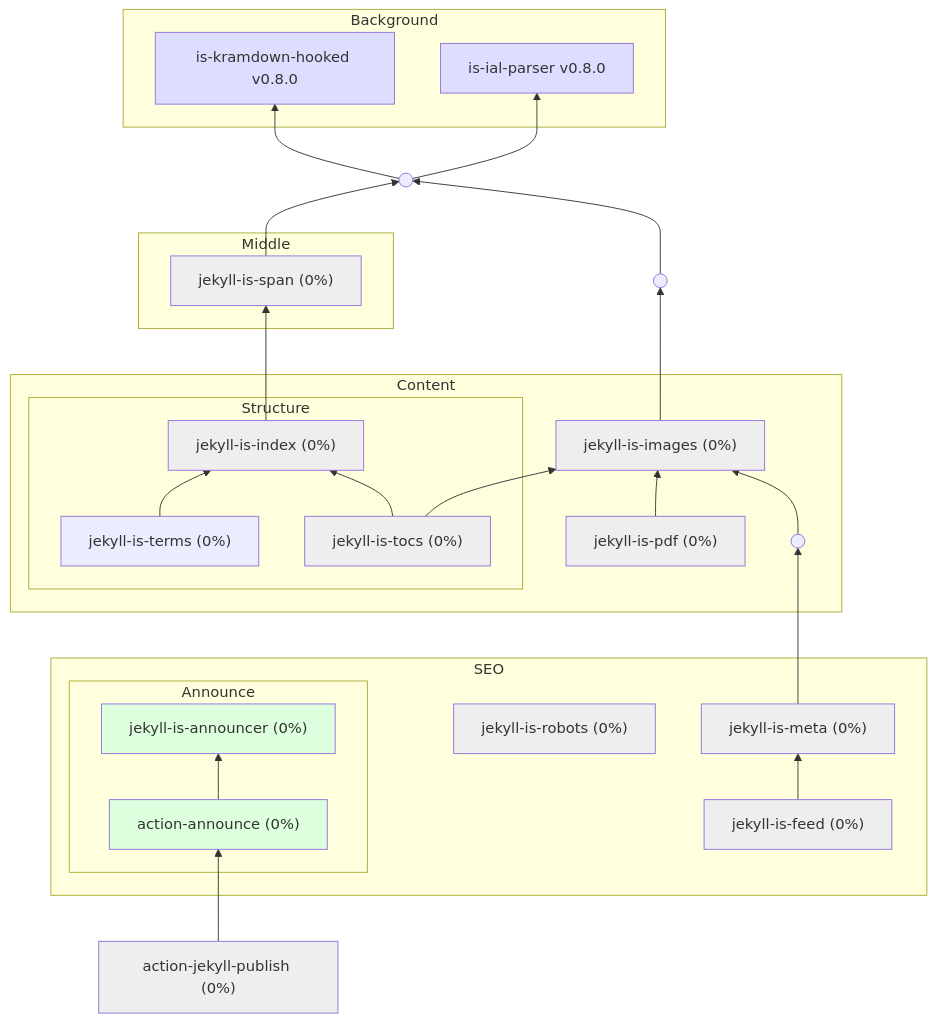
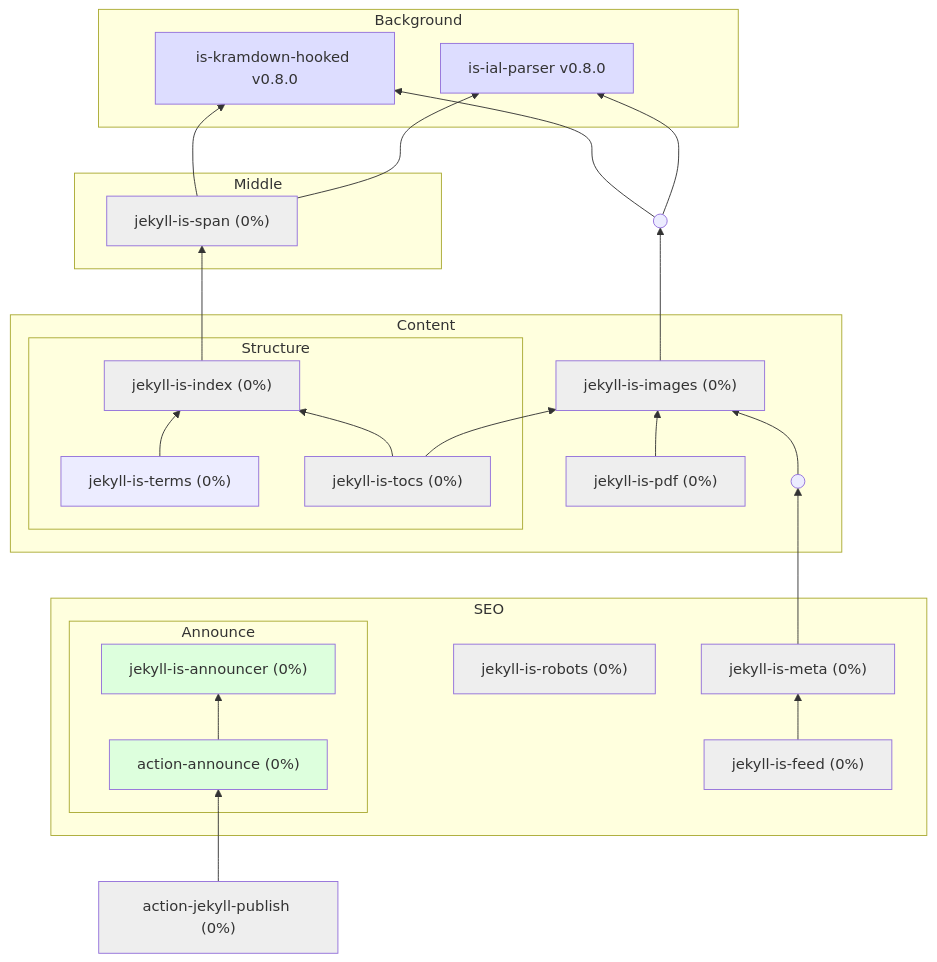
The diagram in profile/README.md (jekyll-is/.github), drawn with Mermaid before and after one commit.

````diff
--- a/profile/README.md
+++ b/profile/README.md
@@ -7,14 +7,14 @@
 ```mermaid
 graph BT
   ial["is-ial-parser v0.8.0"]
-  n0(( )) --> ial
-  n1(( )) --> n0
   kramdown["is-kramdown-hooked v0.8.0"]
-  n0 --> kramdown
+  n1(( )) --> ial
+  n1 --> kramdown
   images["jekyll-is-images (0%)"] --> n1
   n3(( )) --> images
   pdf["jekyll-is-pdf (0%)"] --> images
-  span["jekyll-is-span (0%)"] --> n0
+  span["jekyll-is-span (0%)"] --> ial
+  span --> kramdown
   index["jekyll-is-index (0%)"] --> span
   abbr["jekyll-is-terms (0%)"] --> index
   tocs["jekyll-is-tocs (0%)"] --> images
````
